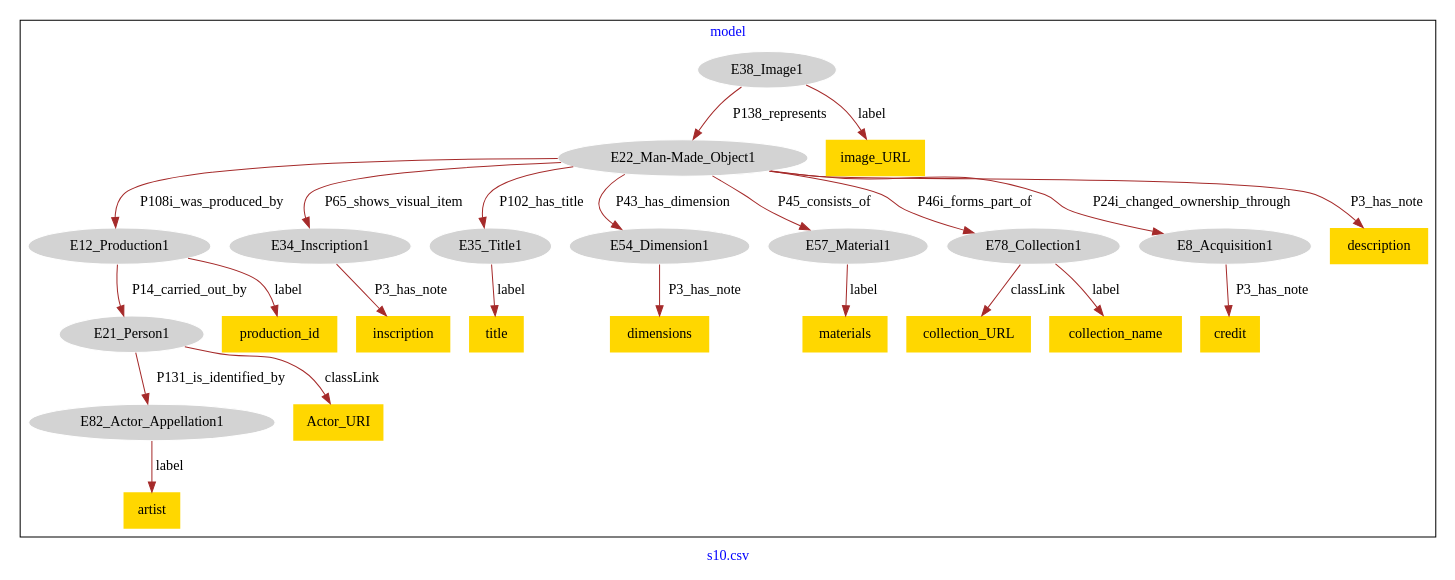
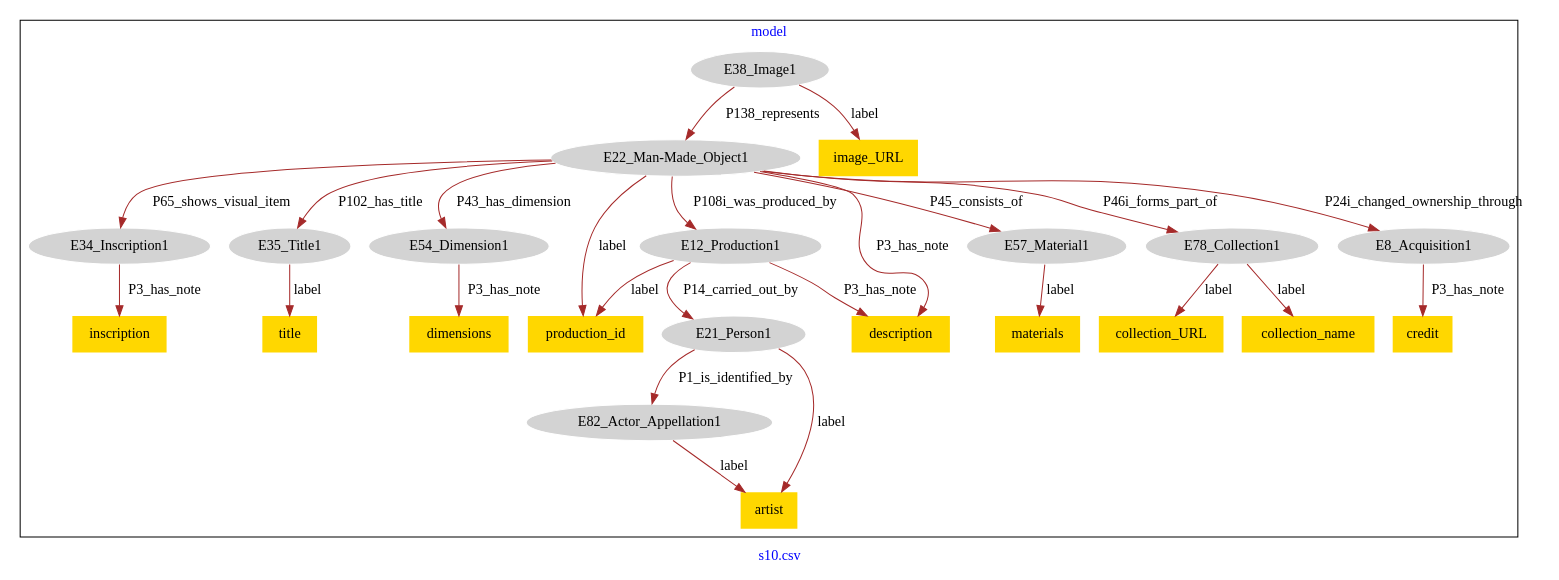
Before and after one commit to Zaiwen/ModelCorrection_Jiakang_XU: the diagram in DataSets/museum-crm/models-graphviz/s10.csv.model.dot, drawn with Graphviz. The commit also changed 67 other files, not shown here.

```diff
--- a/DataSets/museum-crm/models-graphviz/s10.csv.model.dot
+++ b/DataSets/museum-crm/models-graphviz/s10.csv.model.dot
@@ -1,53 +1,54 @@
 digraph n0 {
 fontcolor="blue"
 remincross="true"
 label="s10.csv"
 subgraph cluster {
 label="model"
 n2[style="filled",color="white",fillcolor="lightgray",label="E12_Production1"];
 n3[style="filled",color="white",fillcolor="lightgray",label="E21_Person1"];
 n4[style="filled",color="white",fillcolor="lightgray",label="E82_Actor_Appellation1"];
 n5[style="filled",color="white",fillcolor="lightgray",label="E22_Man-Made_Object1"];
 n6[style="filled",color="white",fillcolor="lightgray",label="E34_Inscription1"];
 n7[style="filled",color="white",fillcolor="lightgray",label="E35_Title1"];
 n8[style="filled",color="white",fillcolor="lightgray",label="E54_Dimension1"];
 n9[style="filled",color="white",fillcolor="lightgray",label="E57_Material1"];
 n10[style="filled",color="white",fillcolor="lightgray",label="E78_Collection1"];
 n11[style="filled",color="white",fillcolor="lightgray",label="E8_Acquisition1"];
 n12[style="filled",color="white",fillcolor="lightgray",label="E38_Image1"];
-n13[shape="plaintext",style="filled",fillcolor="gold",label="inscription"];
-n14[shape="plaintext",style="filled",fillcolor="gold",label="description"];
+n13[shape="plaintext",style="filled",fillcolor="gold",label="image_URL"];
+n14[shape="plaintext",style="filled",fillcolor="gold",label="materials"];
 n15[shape="plaintext",style="filled",fillcolor="gold",label="production_id"];
-n16[shape="plaintext",style="filled",fillcolor="gold",label="collection_URL"];
-n17[shape="plaintext",style="filled",fillcolor="gold",label="artist"];
-n18[shape="plaintext",style="filled",fillcolor="gold",label="credit"];
-n19[shape="plaintext",style="filled",fillcolor="gold",label="Actor_URI"];
-n20[shape="plaintext",style="filled",fillcolor="gold",label="title"];
-n21[shape="plaintext",style="filled",fillcolor="gold",label="collection_name"];
-n22[shape="plaintext",style="filled",fillcolor="gold",label="materials"];
-n23[shape="plaintext",style="filled",fillcolor="gold",label="image_URL"];
-n24[shape="plaintext",style="filled",fillcolor="gold",label="dimensions"];
+n16[shape="plaintext",style="filled",fillcolor="gold",label="dimensions"];
+n17[shape="plaintext",style="filled",fillcolor="gold",label="inscription"];
+n18[shape="plaintext",style="filled",fillcolor="gold",label="collection_URL"];
+n19[shape="plaintext",style="filled",fillcolor="gold",label="description"];
+n20[shape="plaintext",style="filled",fillcolor="gold",label="collection_name"];
+n21[shape="plaintext",style="filled",fillcolor="gold",label="title"];
+n22[shape="plaintext",style="filled",fillcolor="gold",label="credit"];
+n23[shape="plaintext",style="filled",fillcolor="gold",label="artist"];
 }
 n2 -> n3[color="brown",fontcolor="black",label="P14_carried_out_by"]
-n3 -> n4[color="brown",fontcolor="black",label="P131_is_identified_by"]
+n3 -> n4[color="brown",fontcolor="black",label="P1_is_identified_by"]
 n5 -> n2[color="brown",fontcolor="black",label="P108i_was_produced_by"]
 n5 -> n6[color="brown",fontcolor="black",label="P65_shows_visual_item"]
 n5 -> n7[color="brown",fontcolor="black",label="P102_has_title"]
 n5 -> n8[color="brown",fontcolor="black",label="P43_has_dimension"]
 n5 -> n9[color="brown",fontcolor="black",label="P45_consists_of"]
 n5 -> n10[color="brown",fontcolor="black",label="P46i_forms_part_of"]
 n5 -> n11[color="brown",fontcolor="black",label="P24i_changed_ownership_through"]
 n12 -> n5[color="brown",fontcolor="black",label="P138_represents"]
-n6 -> n13[color="brown",fontcolor="black",label="P3_has_note"]
-n5 -> n14[color="brown",fontcolor="black",label="P3_has_note"]
+n12 -> n13[color="brown",fontcolor="black",label="label"]
+n9 -> n14[color="brown",fontcolor="black",label="label"]
 n2 -> n15[color="brown",fontcolor="black",label="label"]
-n10 -> n16[color="brown",fontcolor="black",label="classLink"]
-n4 -> n17[color="brown",fontcolor="black",label="label"]
-n11 -> n18[color="brown",fontcolor="black",label="P3_has_note"]
-n3 -> n19[color="brown",fontcolor="black",label="classLink"]
-n7 -> n20[color="brown",fontcolor="black",label="label"]
-n10 -> n21[color="brown",fontcolor="black",label="label"]
-n9 -> n22[color="brown",fontcolor="black",label="label"]
-n12 -> n23[color="brown",fontcolor="black",label="label"]
-n8 -> n24[color="brown",fontcolor="black",label="P3_has_note"]
+n8 -> n16[color="brown",fontcolor="black",label="P3_has_note"]
+n6 -> n17[color="brown",fontcolor="black",label="P3_has_note"]
+n10 -> n18[color="brown",fontcolor="black",label="label"]
+n5 -> n19[color="brown",fontcolor="black",label="P3_has_note"]
+n10 -> n20[color="brown",fontcolor="black",label="label"]
+n7 -> n21[color="brown",fontcolor="black",label="label"]
+n11 -> n22[color="brown",fontcolor="black",label="P3_has_note"]
+n4 -> n23[color="brown",fontcolor="black",label="label"]
+n5 -> n15[color="brown",fontcolor="black",label="label"]
+n3 -> n23[color="brown",fontcolor="black",label="label"]
+n2 -> n19[color="brown",fontcolor="black",label="P3_has_note"]
 }
```
